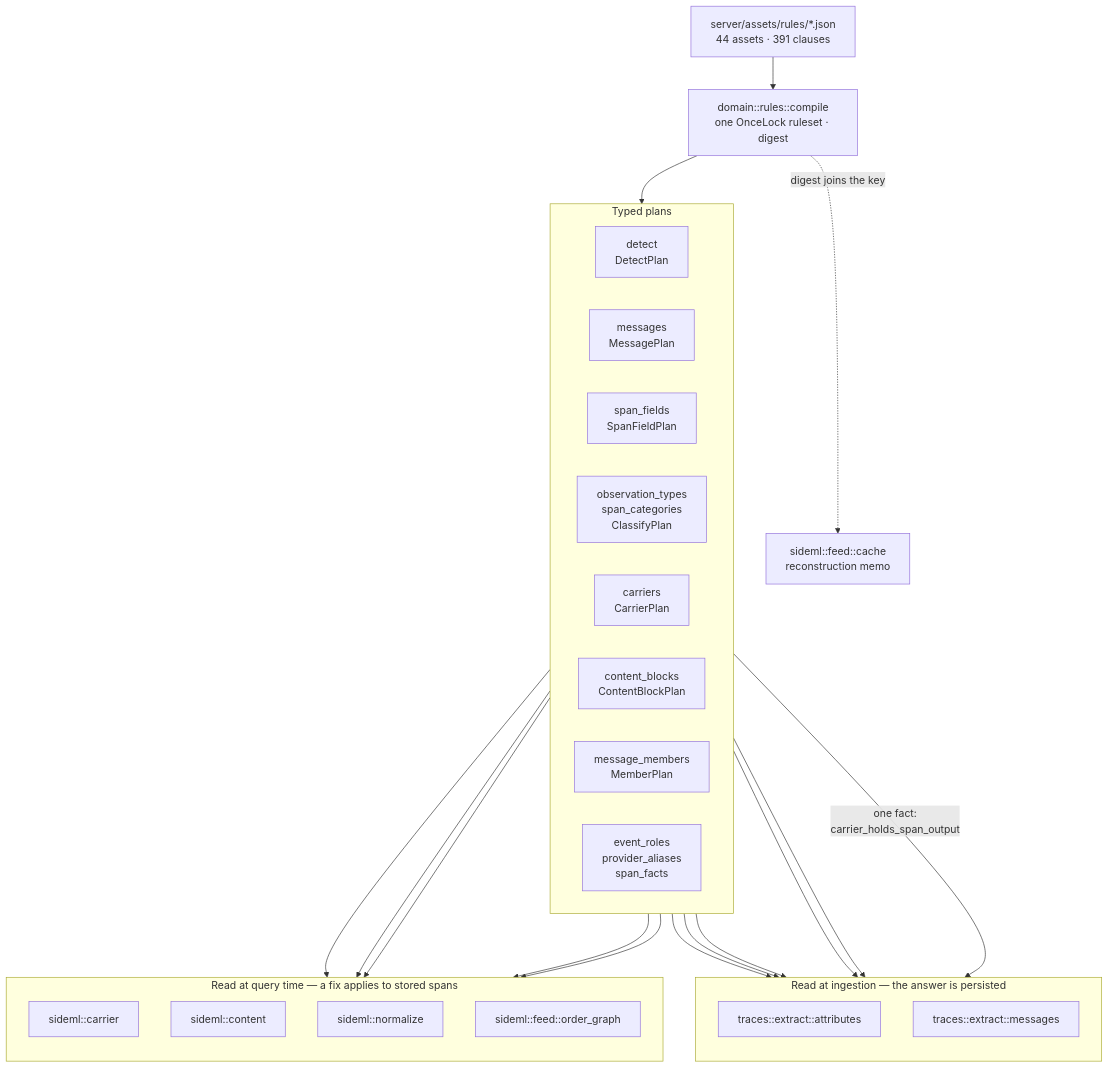
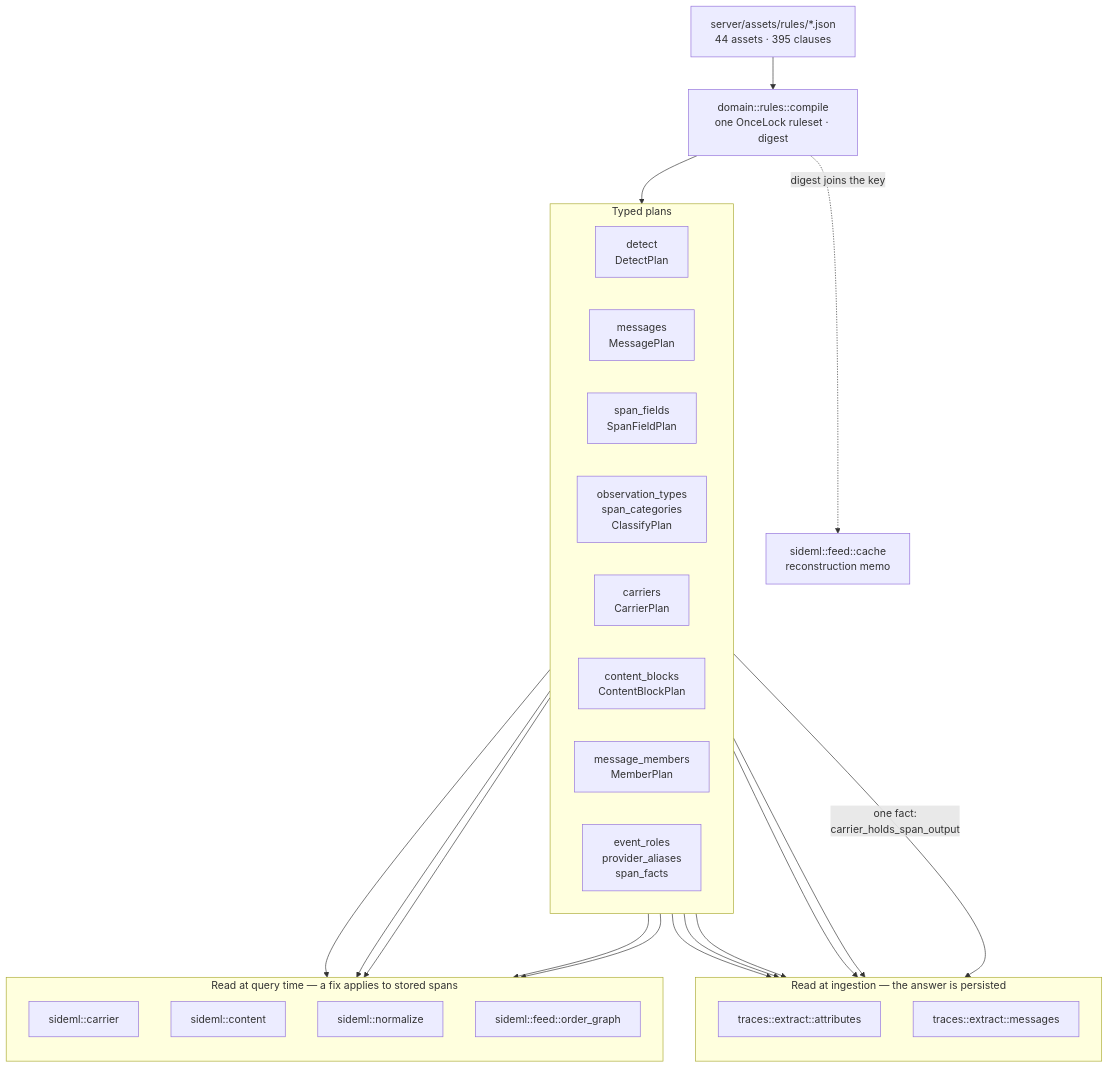
The first of 7 diagrams in docs/engineering/architecture-diagrams.md (sideseat/sideseat), drawn with Mermaid before and after one commit. The commit also changed 1 other file, not shown here.

Commit message:
docs(rules): update embedded clause counts

````diff
--- a/docs/engineering/architecture-diagrams.md
+++ b/docs/engineering/architecture-diagrams.md
@@ -18,47 +18,47 @@
 ```mermaid
 flowchart TB
-    assets["server/assets/rules/*.json<br/>44 assets · 391 clauses"]
+    assets["server/assets/rules/*.json<br/>44 assets · 395 clauses"]
     compile["domain::rules::compile<br/>one OnceLock ruleset · digest"]
     assets --> compile
 
     subgraph plans["Typed plans"]
         direction LR
         detect["detect<br/>DetectPlan"]
         messages["messages<br/>MessagePlan"]
         fields["span_fields<br/>SpanFieldPlan"]
         classify["observation_types<br/>span_categories<br/>ClassifyPlan"]
         carriers["carriers<br/>CarrierPlan"]
         blocks["content_blocks<br/>ContentBlockPlan"]
         members["message_members<br/>MemberPlan"]
         roles["event_roles<br/>provider_aliases<br/>span_facts"]
     end
     compile --> plans
 
     subgraph ingest["Read at ingestion — the answer is persisted"]
         direction TB
         attrs["traces::extract::attributes"]
         msgs["traces::extract::messages"]
     end
 
     subgraph query["Read at query time — a fix applies to stored spans"]
         direction TB
         carrier["sideml::carrier"]
         content["sideml::content"]
         normalize["sideml::normalize"]
         order["sideml::feed::order_graph"]
     end
 
     detect --> attrs
     fields --> attrs
     classify --> attrs
     roles --> attrs
     messages --> msgs
     carriers -->|"one fact:<br/>carrier_holds_span_output"| msgs
     carriers --> carrier
     carriers --> order
     blocks --> content
     members --> content
     roles --> normalize
 
     compile -. "digest joins the key" .-> cache["sideml::feed::cache<br/>reconstruction memo"]
 ```
````
